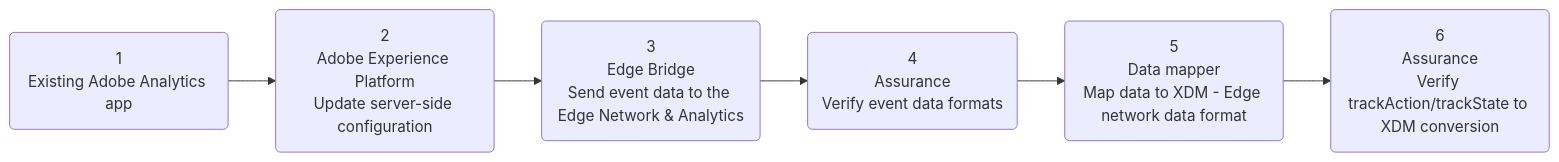
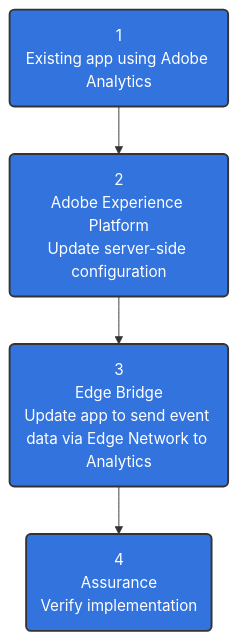
Before and after one commit to adobe/aepsdk-edgebridge-ios: the diagram in Documentation/tutorials/edge-bridge-tutorial.md, drawn with Mermaid. The commit also changed other lines of this file and 47 other files, not shown here.

First line of the commit message:
v5 data format tutorial update (#77)

````diff
--- a/Documentation/tutorials/edge-bridge-tutorial.md
+++ b/Documentation/tutorials/edge-bridge-tutorial.md
@@ -26,9 +25,12 @@
 ```mermaid
-graph LR;
-    step1(1<br/>Existing Adobe Analytics app) -->
+graph TD;
+    step1(1<br/>Existing app using Adobe Analytics) -->
     step2(2<br/>Adobe Experience Platform<br/>Update server-side configuration) --> 
-    step3(3<br/>Edge Bridge<br/>Send event data to the Edge Network & Analytics) --> 
-    step4(4<br/>Assurance<br/>Verify event data formats) -->
-    step5(5<br/>Data mapper<br/>Map data to XDM - Edge network data format) -->
-    step6(6<br/>Assurance<br/>Verify trackAction/trackState to XDM conversion)
+    step3(3<br/>Edge Bridge<br/>Update app to send event data via Edge Network to Analytics) --> 
+    step4(4<br/>Assurance<br/>Verify implementation)
+
+style step1 fill:#3273de,stroke:#333,stroke-width:2px,color:#fff
+style step2 fill:#3273de,stroke:#333,stroke-width:2px,color:#fff
+style step3 fill:#3273de,stroke:#333,stroke-width:2px,color:#fff
+style step4 fill:#3273de,stroke:#333,stroke-width:2px,color:#fff
 ```
````
